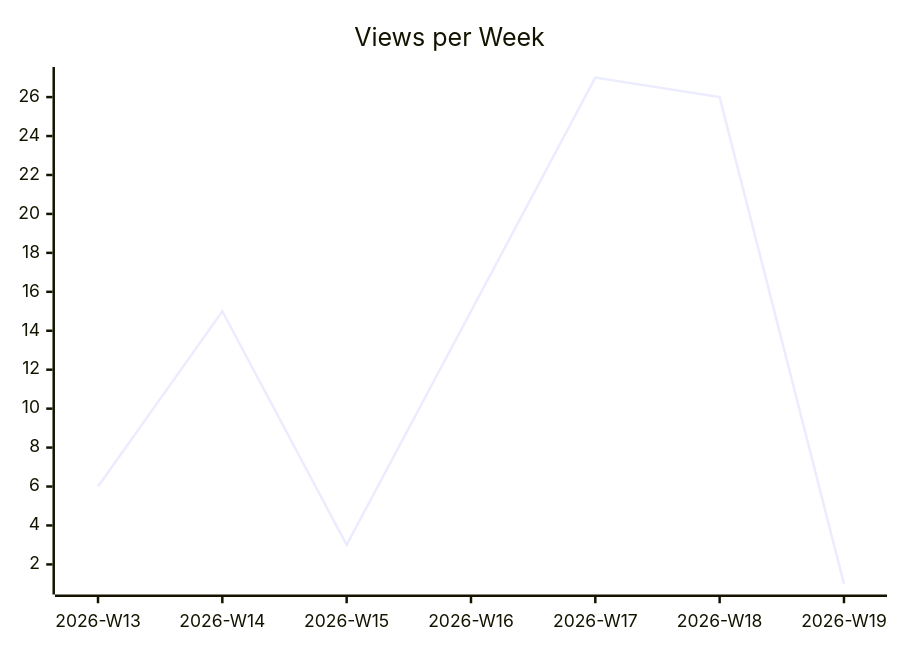
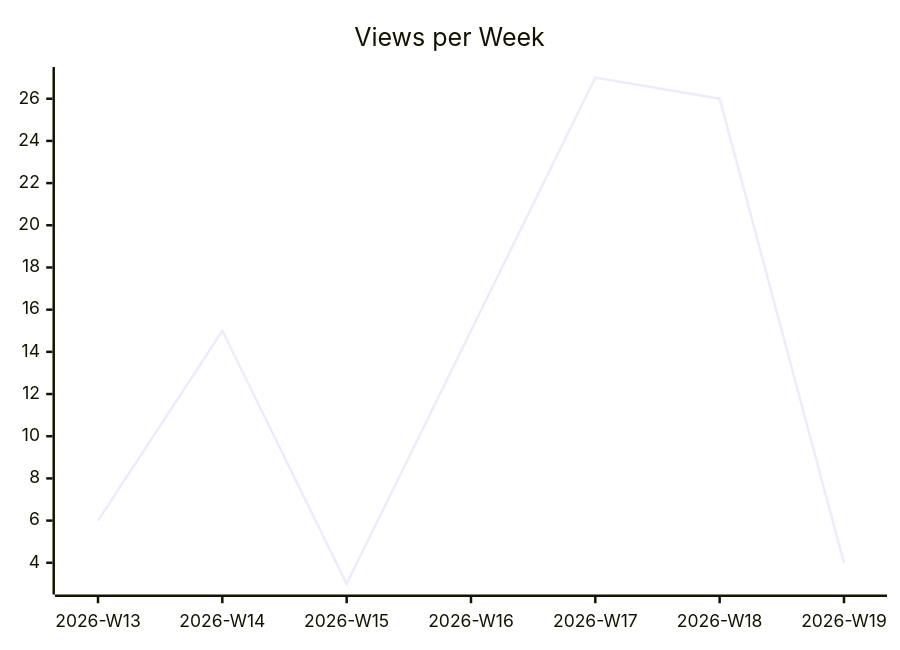
Before and after one commit to justdavis-family/github-analytics-data: the second of 3 diagrams in karlmdavis/ksoap2-android/README.md, drawn with Mermaid. The commit also changed other lines of this file and 187 other files, not shown here.

````diff
--- a/karlmdavis/ksoap2-android/README.md
+++ b/karlmdavis/ksoap2-android/README.md
@@ -12,6 +12,6 @@
 ```mermaid
 xychart-beta
   title "Views per Week"
   x-axis ["2026-W13", "2026-W14", "2026-W15", "2026-W16", "2026-W17", "2026-W18", "2026-W19"]
-  line [6, 15, 3, 15, 27, 26, 1]
+  line [6, 15, 3, 15, 27, 26, 4]
 ```
````
